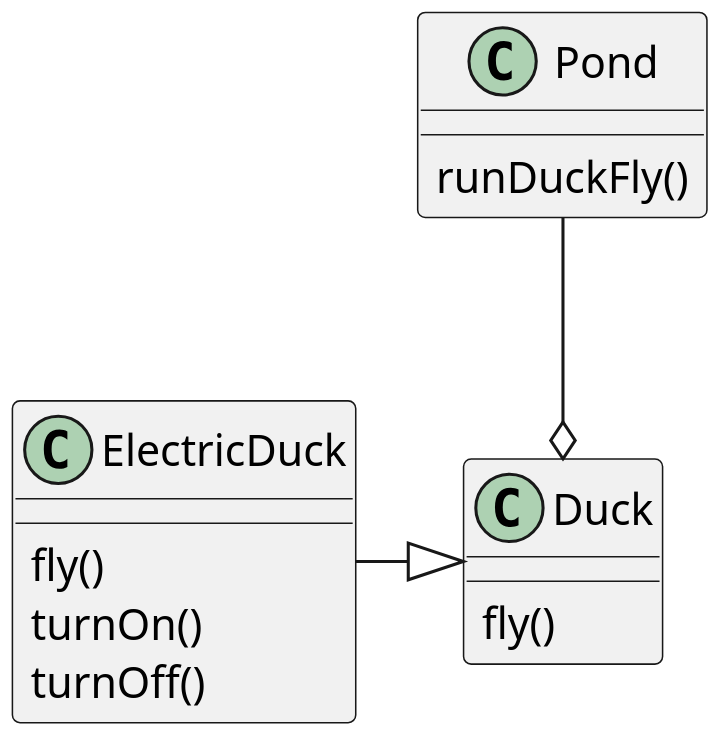
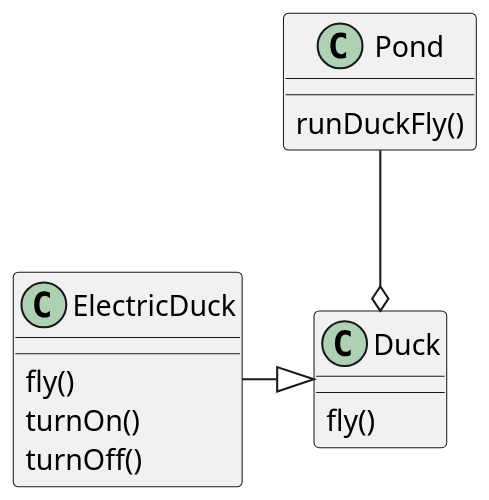
One commit to thomasGuibert/Cours-Design changed the diagram in S4/assets/plantuml/lsp.plantuml. Above: the diagram before and after it, drawn with PlantUML. The commit also changed 25 other files, not shown here.

```diff
--- a/S4/assets/plantuml/lsp.plantuml
+++ b/S4/assets/plantuml/lsp.plantuml
@@ -1,23 +1,23 @@
 @startuml lsp
-scale 600*600
+scale 400*400
 hide footbox
 
 class Duck{
     fly()
 }
 
 class ElectricDuck{
     fly()
     turnOn()
     turnOff()
 }
 
 class Pond{
     runDuckFly()
 }
 
 
 Pond --o Duck
 ElectricDuck -|> Duck
 
 @enduml
```
